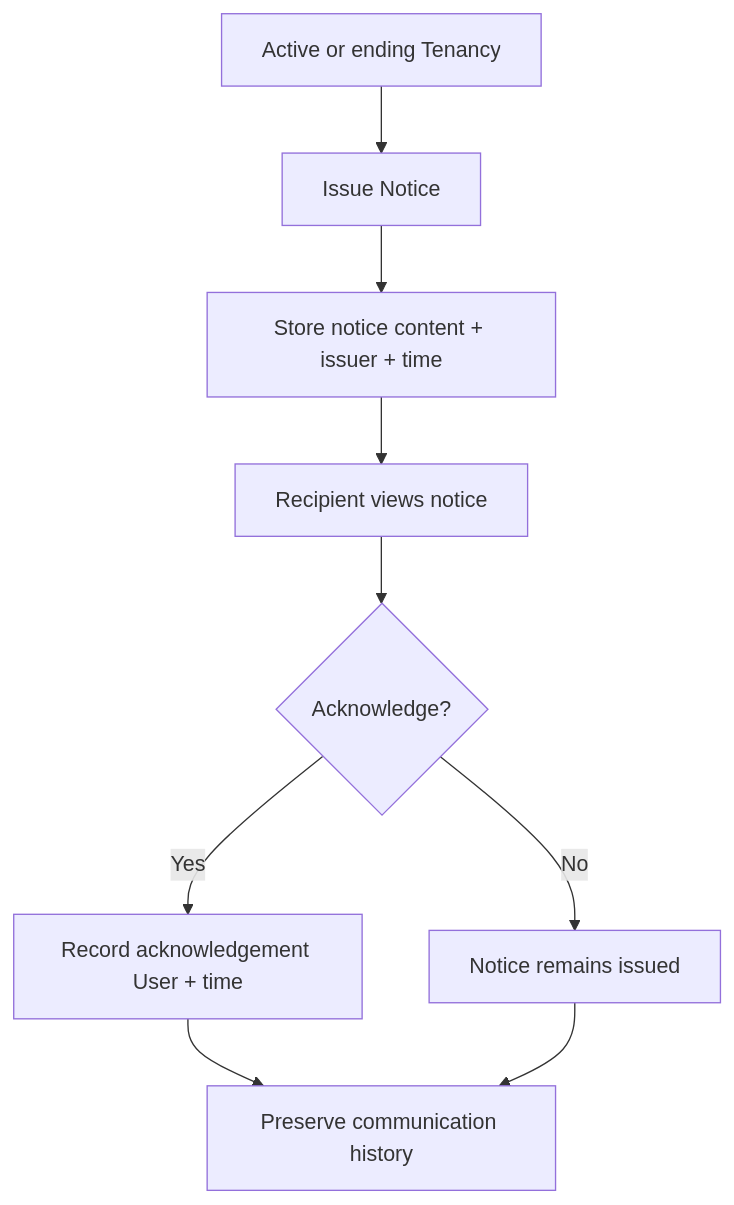
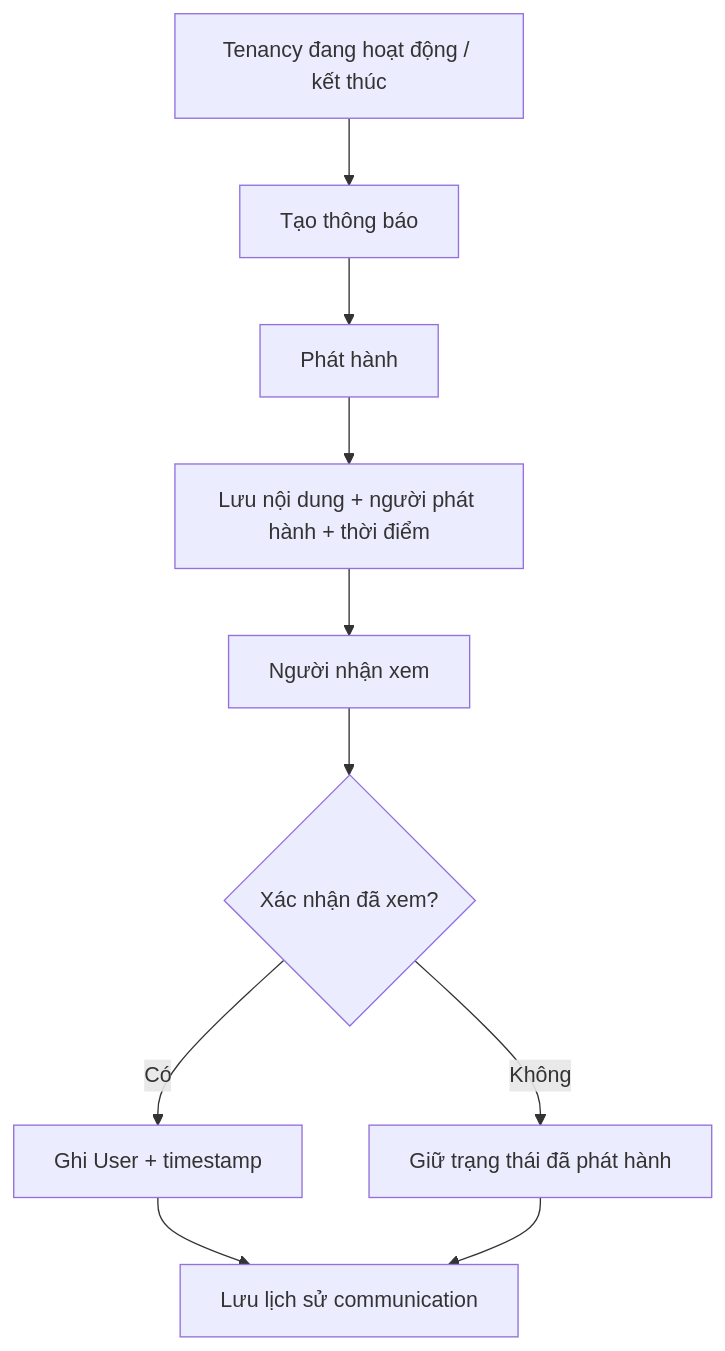
The first of 2 diagrams in docs/backlogs/v1/tenancy-notice.md (Danh20100/moibile_app), drawn with Mermaid before and after one commit. The commit also changed other lines of this file and 9 other files, not shown here.

````diff
--- a/docs/backlogs/v1/tenancy-notice.md
+++ b/docs/backlogs/v1/tenancy-notice.md
@@ -17,11 +34,12 @@
 ```mermaid
 flowchart TD
-    A[Active or ending Tenancy] --> B[Issue Notice]
-    B --> C[Store notice content + issuer + time]
-    C --> D[Recipient views notice]
-    D --> E{Acknowledge?}
-    E -->|Yes| F[Record acknowledgement User + time]
-    E -->|No| G[Notice remains issued]
-    F --> H[Preserve communication history]
-    G --> H
+    A["Tenancy đang hoạt động / kết thúc"] --> B["Tạo thông báo"]
+    B --> C["Phát hành"]
+    C --> D["Lưu nội dung + người phát hành + thời điểm"]
+    D --> E["Người nhận xem"]
+    E --> F{"Xác nhận đã xem?"}
+    F -->|"Có"| G["Ghi User + timestamp"]
+    F -->|"Không"| H["Giữ trạng thái đã phát hành"]
+    G --> I["Lưu lịch sử communication"]
+    H --> I
 ```
````
